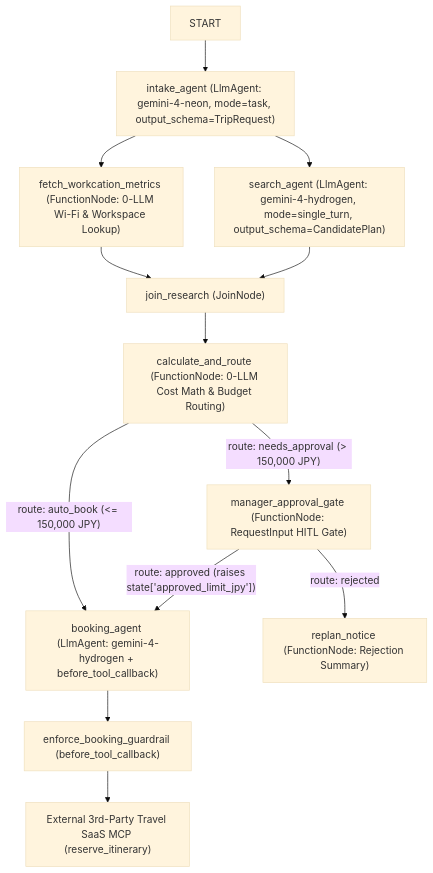
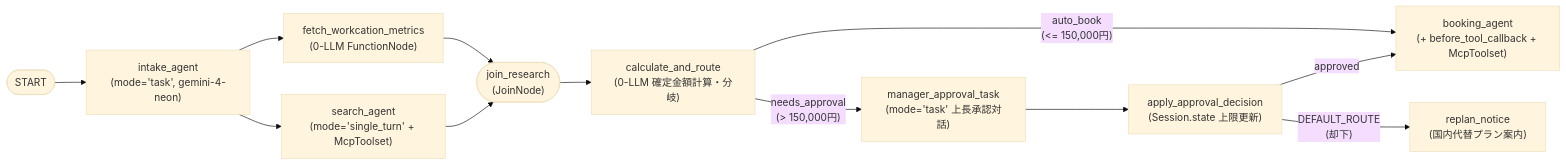
The first of 2 diagrams in doc/design.md (n-issei-777/architecture-conference-2026-adk-handson), drawn with Mermaid (base theme) before and after one commit. The commit also changed other lines of this file and 30 other files, not shown here.

Commit message:
feat: add Step 0 minimal agent, stdio/StreamableHTTP MCP, hardened guardrails, and Playground deploy

````diff
--- a/doc/design.md
+++ b/doc/design.md
@@ -20,15 +14,14 @@
 ```mermaid
-flowchart TD
-    START["START"] --> Intake["intake_agent (LlmAgent: gemini-4-neon, mode=task, output_schema=TripRequest)"]
-    Intake --> Metrics["fetch_workcation_metrics (FunctionNode: 0-LLM Wi-Fi & Workspace Lookup)"]
-    Intake --> Search["search_agent (LlmAgent: gemini-4-hydrogen, mode=single_turn, output_schema=CandidatePlan)"]
-    Metrics --> Join["join_research (JoinNode)"]
+flowchart LR
+    START(["START"]) --> Intake["intake_agent\n(mode='task', gemini-4-neon)"]
+    Intake --> Metrics["fetch_workcation_metrics\n(0-LLM FunctionNode)"]
+    Intake --> Search["search_agent\n(mode='single_turn' + McpToolset)"]
+    Metrics --> Join(["join_research\n(JoinNode)"])
     Search --> Join
-    Join --> CalcRoute["calculate_and_route (FunctionNode: 0-LLM Cost Math & Budget Routing)"]
-    CalcRoute -- "route: auto_book (<= 150,000 JPY)" --> Book["booking_agent (LlmAgent: gemini-4-hydrogen + before_tool_callback)"]
-    CalcRoute -- "route: needs_approval (> 150,000 JPY)" --> Approval["manager_approval_gate (FunctionNode: RequestInput HITL Gate)"]
-    Approval -- "route: approved (raises state['approved_limit_jpy'])" --> Book
-    Approval -- "route: rejected" --> Replan["replan_notice (FunctionNode: Rejection Summary)"]
-    Book --> Guardrail["enforce_booking_guardrail (before_tool_callback)"]
-    Guardrail --> MCP["External 3rd-Party Travel SaaS MCP (reserve_itinerary)"]
+    Join --> Calc["calculate_and_route\n(0-LLM 確定金額計算・分岐)"]
+    Calc -- "auto_book\n(<= 150,000円)" --> Book["booking_agent\n(+ before_tool_callback + McpToolset)"]
+    Calc -- "needs_approval\n(> 150,000円)" --> Task["manager_approval_task\n(mode='task' 上長承認対話)"]
+    Task --> Apply["apply_approval_decision\n(Session.state 上限更新)"]
+    Apply -- "approved" --> Book
+    Apply -- "DEFAULT_ROUTE\n(却下)" --> Replan["replan_notice\n(国内代替プラン案内)"]
 ```
````
